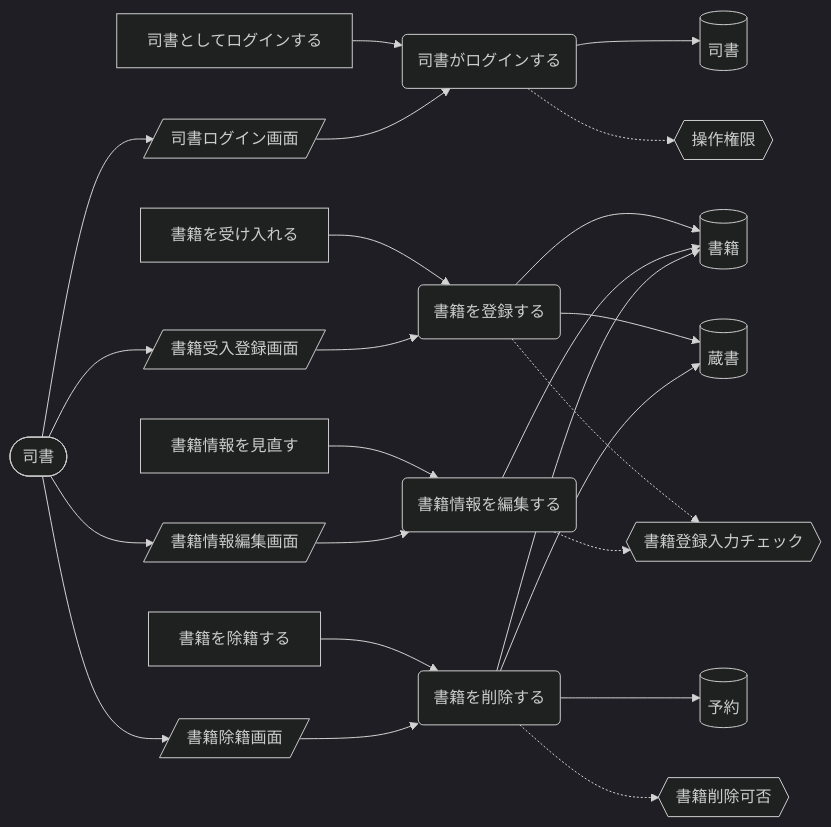
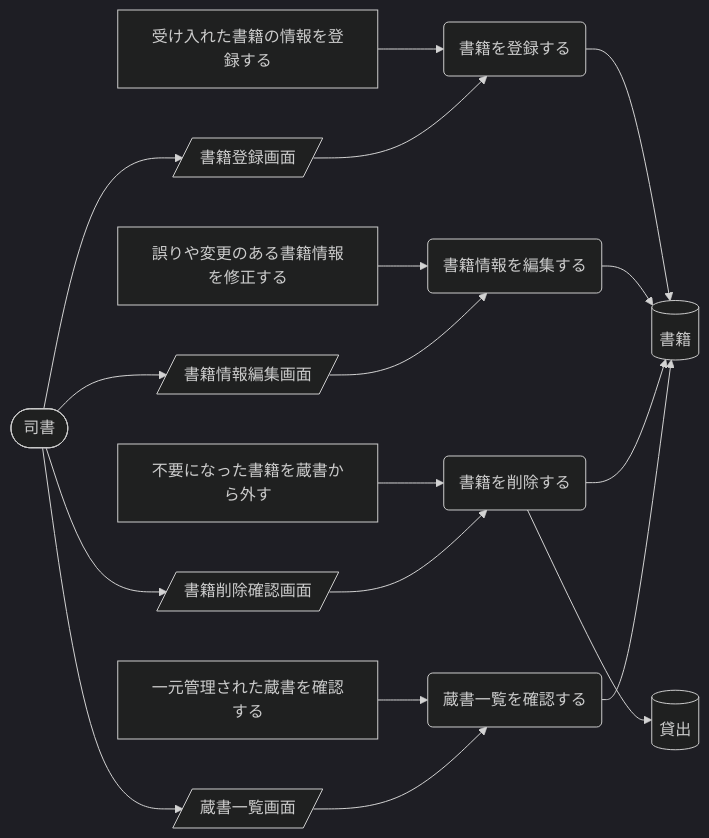
The first of 9 diagrams in samples/distillery2/library-loan/docs/requirements/rdra/views/04_UC複合図.md (suwa-sh/suwa-sh-claude-plugins), drawn with Mermaid (dark theme) before and after one commit. The commit also changed other lines of this file and 249 other files, not shown here.

````diff
--- a/samples/distillery2/library-loan/docs/requirements/rdra/views/04_UC複合図.md
+++ b/samples/distillery2/library-loan/docs/requirements/rdra/views/04_UC複合図.md
@@ -12,46 +12,35 @@
 ```mermaid
 graph LR
-  UC1("司書がログインする")
-  AT1["司書としてログインする"]
-  IF1[("司書")]
-  CD1{{"操作権限"}}
-  SC1[/"司書ログイン画面"/]
+  UC1("書籍を登録する")
+  AT1["受け入れた書籍の情報を登録する"]
+  IF1[("書籍")]
+  SC1[/"書籍登録画面"/]
   AC1(["司書"])
-  UC2("書籍を登録する")
-  AT2["書籍を受け入れる"]
-  IF2[("書籍")]
-  IF3[("蔵書")]
-  CD2{{"書籍登録入力チェック"}}
-  SC2[/"書籍受入登録画面"/]
-  UC3("書籍情報を編集する")
-  AT3["書籍情報を見直す"]
-  SC3[/"書籍情報編集画面"/]
-  UC4("書籍を削除する")
-  AT4["書籍を除籍する"]
-  IF4[("予約")]
-  CD3{{"書籍削除可否"}}
-  SC4[/"書籍除籍画面"/]
+  UC2("書籍情報を編集する")
+  AT2["誤りや変更のある書籍情報を修正する"]
+  SC2[/"書籍情報編集画面"/]
+  UC3("書籍を削除する")
+  AT3["不要になった書籍を蔵書から外す"]
+  IF2[("貸出")]
+  SC3[/"書籍削除確認画面"/]
+  UC4("蔵書一覧を確認する")
+  AT4["一元管理された蔵書を確認する"]
+  SC4[/"蔵書一覧画面"/]
   AT1 --> UC1
   UC1 --> IF1
-  UC1 -.-> CD1
   AC1 --> SC1
   SC1 --> UC1
   AT2 --> UC2
-  UC2 --> IF2
-  UC2 --> IF3
-  UC2 -.-> CD2
+  UC2 --> IF1
   AC1 --> SC2
   SC2 --> UC2
   AT3 --> UC3
+  UC3 --> IF1
   UC3 --> IF2
-  UC3 -.-> CD2
   AC1 --> SC3
   SC3 --> UC3
   AT4 --> UC4
-  UC4 --> IF2
-  UC4 --> IF3
-  UC4 --> IF4
-  UC4 -.-> CD3
+  UC4 --> IF1
   AC1 --> SC4
   SC4 --> UC4
 ```
````
